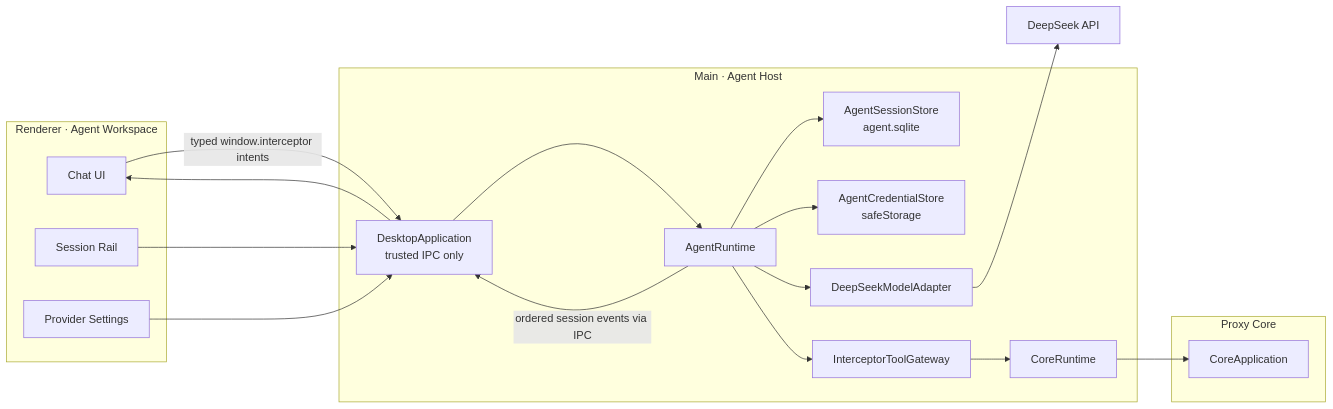
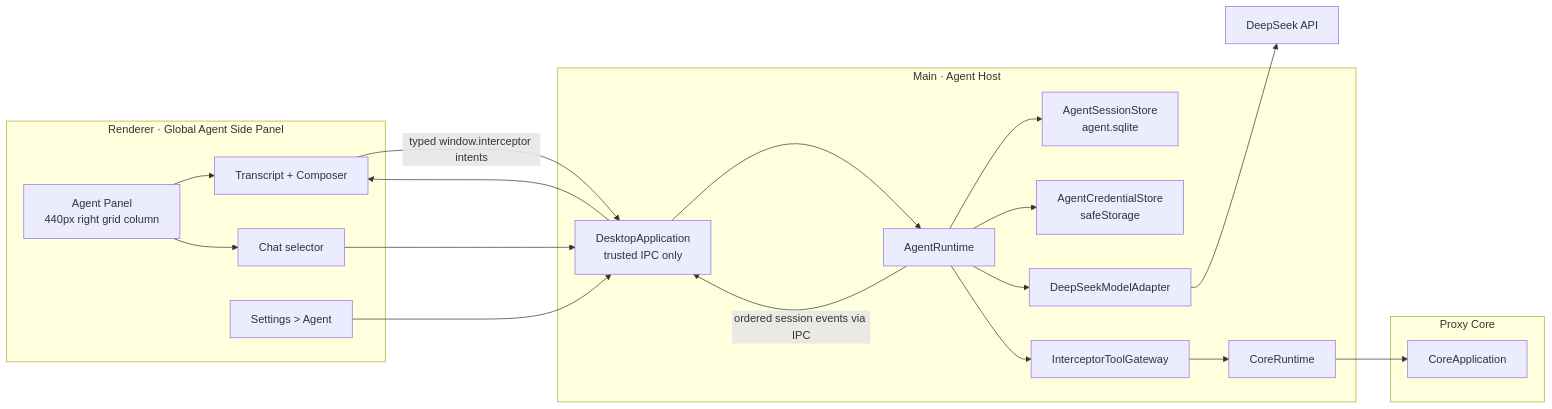
Before and after one commit to zhxmt-xm/Interceptor: the third of 5 diagrams in architecture/features/agent.md, drawn with Mermaid. The commit also changed other lines of this file and 432 other files, not shown here.

Commit message:
design(agent): add global chat side panel

````diff
--- a/architecture/features/agent.md
+++ b/architecture/features/agent.md
@@ -267,34 +269,37 @@
 ```mermaid
 flowchart LR
-    subgraph R["Renderer · Agent Workspace"]
-        CHAT["Chat UI"]
-        SESSIONS["Session Rail"]
-        SETTINGS["Provider Settings"]
+    subgraph R["Renderer · Global Agent Side Panel"]
+      PANEL["Agent Panel\n440px right grid column"]
+      CHAT["Transcript + Composer"]
+      SESSIONS["Chat selector"]
+      SETTINGS["Settings > Agent"]
     end
 
     subgraph M["Main · Agent Host"]
       IPC["DesktopApplication\ntrusted IPC only"]
         RUNTIME["AgentRuntime"]
         MODEL["DeepSeekModelAdapter"]
         STORE["AgentSessionStore\nagent.sqlite"]
         CREDENTIALS["AgentCredentialStore\nsafeStorage"]
         TOOLS["InterceptorToolGateway"]
         CORE_RUNTIME["CoreRuntime"]
     end
 
     subgraph C["Proxy Core"]
         CORE["CoreApplication"]
     end
 
     API["DeepSeek API"]
 
+    PANEL --> CHAT
+    PANEL --> SESSIONS
     CHAT -->|"typed window.interceptor intents"| IPC
     SESSIONS --> IPC
     SETTINGS --> IPC
     IPC --> RUNTIME
     RUNTIME --> STORE
     RUNTIME --> CREDENTIALS
     RUNTIME --> MODEL --> API
     RUNTIME --> TOOLS --> CORE_RUNTIME --> CORE
     RUNTIME -->|"ordered session events via IPC"| IPC --> CHAT
 ```
````
